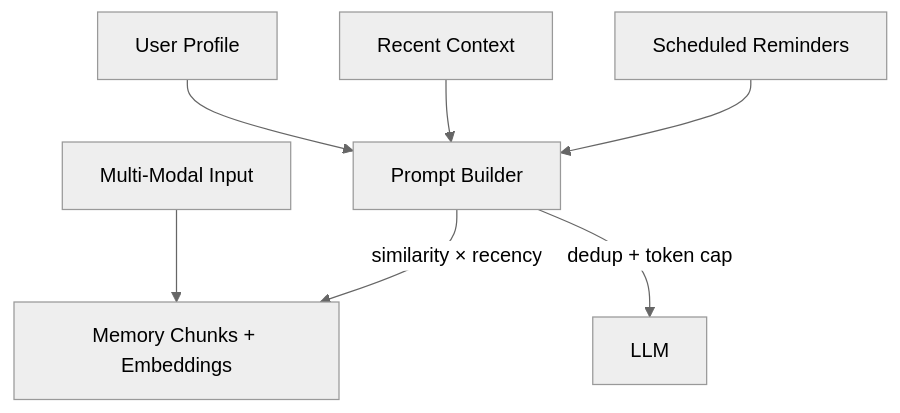
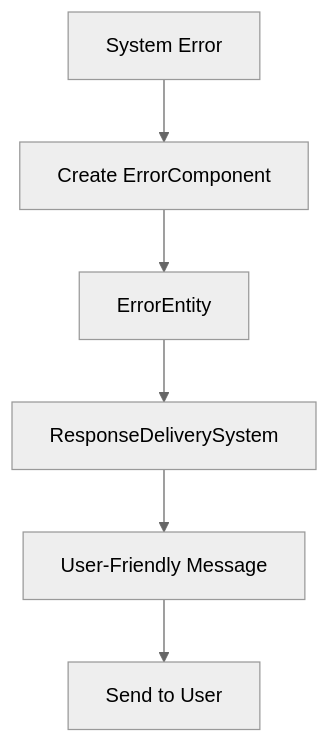
Before and after one commit to malbq/whatsapp-agents: the fourth of 4 diagrams in spec/features/agentWorkflow.md, drawn with Mermaid (neutral theme). The commit also changed other lines of this file and 91 other files, not shown here.

````diff
--- a/spec/features/agentWorkflow.md
+++ b/spec/features/agentWorkflow.md
@@ -95,9 +221,8 @@
 ```mermaid
 graph TD
-    A[Multi-Modal Input] --> B[Memory Chunks + Embeddings]
-    C[Prompt Builder] -->|similarity × recency| B
-    C -->|dedup + token cap| D[LLM]
-    E[User Profile] --> C
-    F[Recent Context] --> C
-    G[Scheduled Reminders] --> C
+    A[System Error] --> B[Create ErrorComponent]
+    B --> C[ErrorEntity]
+    C --> D[ResponseDeliverySystem]
+    D --> E[User-Friendly Message]
+    E --> F[Send to User]
 ```
````
